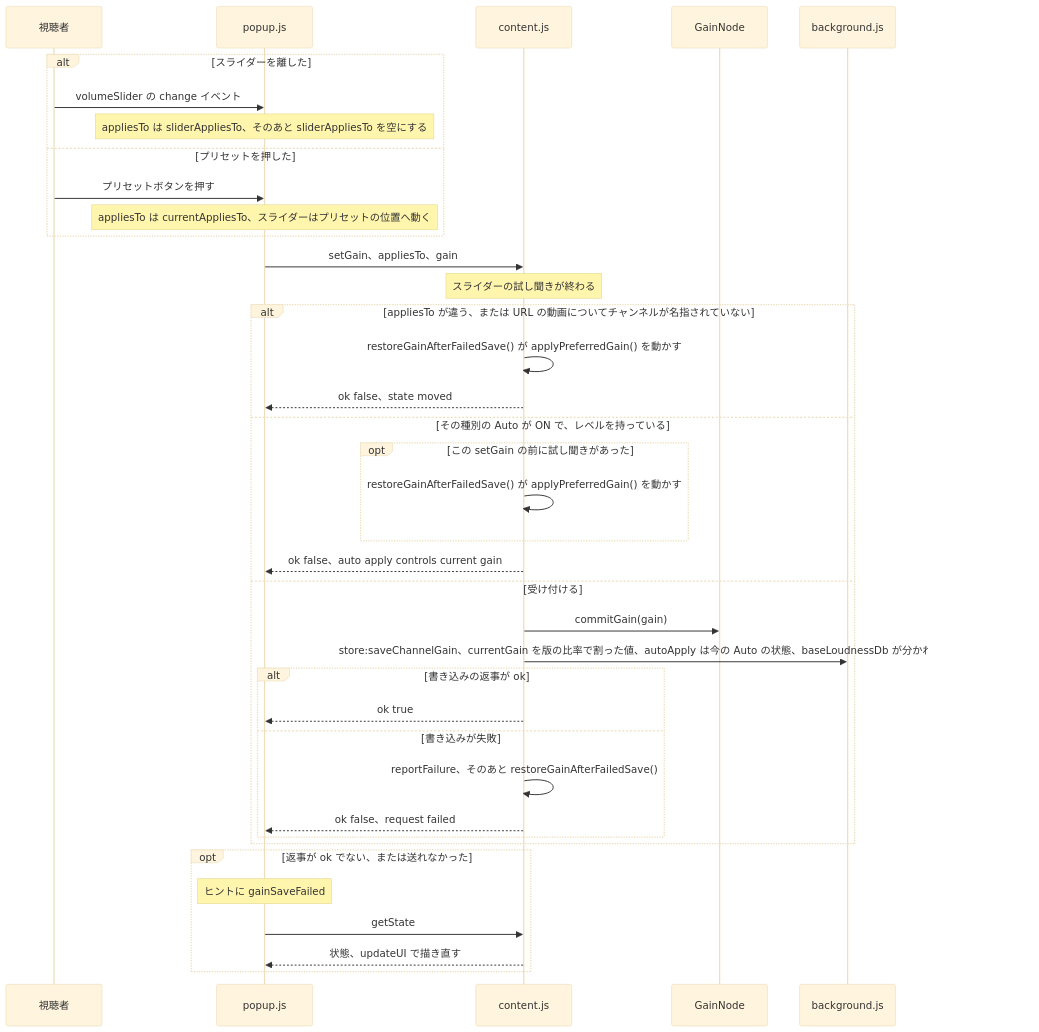
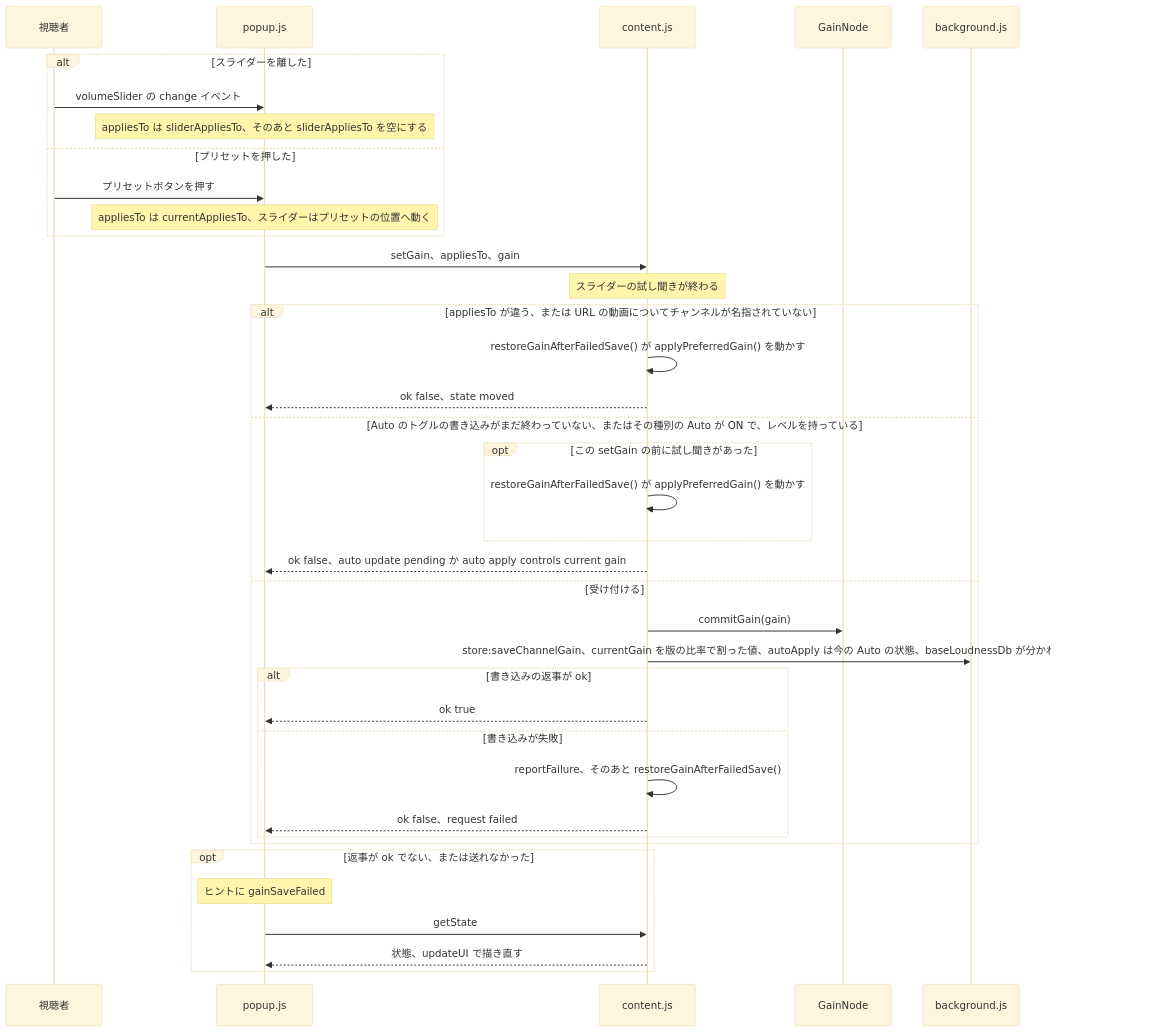
Before and after one commit to semnil/yt-channel-volume: the fourth of 14 diagrams in docs/gain-change-and-save.ja.md, drawn with Mermaid (base theme). The commit also changed other lines of this file and 9 other files, not shown here.

Commit message:
fix: hold the popup's gain gestures while an Auto toggle's save is out, and say when it is not saved

````diff
--- a/docs/gain-change-and-save.ja.md
+++ b/docs/gain-change-and-save.ja.md
@@ -202,40 +204,40 @@
 ```mermaid
 sequenceDiagram
   participant V as 視聴者
   participant P as popup.js
   participant C as content.js
   participant G as GainNode
   participant W as background.js
   alt スライダーを離した
     V->>P: volumeSlider の change イベント
     Note over P: appliesTo は sliderAppliesTo、そのあと sliderAppliesTo を空にする
   else プリセットを押した
     V->>P: プリセットボタンを押す
     Note over P: appliesTo は currentAppliesTo、スライダーはプリセットの位置へ動く
   end
   P->>C: setGain、appliesTo、gain
   Note over C: スライダーの試し聞きが終わる
   alt appliesTo が違う、または URL の動画についてチャンネルが名指されていない
     C->>C: restoreGainAfterFailedSave() が applyPreferredGain() を動かす
     C-->>P: ok false、state moved
-  else その種別の Auto が ON で、レベルを持っている
+  else Auto のトグルの書き込みがまだ終わっていない、またはその種別の Auto が ON で、レベルを持っている
     opt この setGain の前に試し聞きがあった
       C->>C: restoreGainAfterFailedSave() が applyPreferredGain() を動かす
     end
-    C-->>P: ok false、auto apply controls current gain
+    C-->>P: ok false、auto update pending か auto apply controls current gain
   else 受け付ける
     C->>G: commitGain(gain)
     C->>W: store:saveChannelGain、currentGain を版の比率で割った値、autoApply は今の Auto の状態、baseLoudnessDb が分かれば heldAgainstPlain
     alt 書き込みの返事が ok
       C-->>P: ok true
     else 書き込みが失敗
       C->>C: reportFailure、そのあと restoreGainAfterFailedSave()
       C-->>P: ok false、request failed
     end
   end
   opt 返事が ok でない、または送れなかった
     Note over P: ヒントに gainSaveFailed
     P->>C: getState
     C-->>P: 状態、updateUI で描き直す
   end
 ```
````
